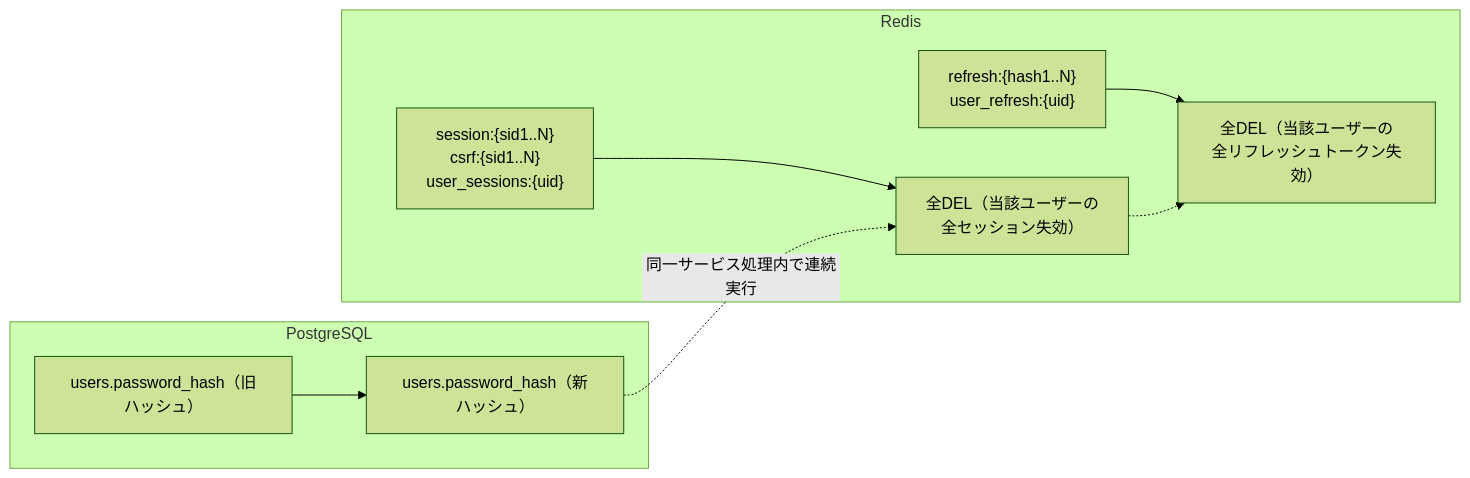
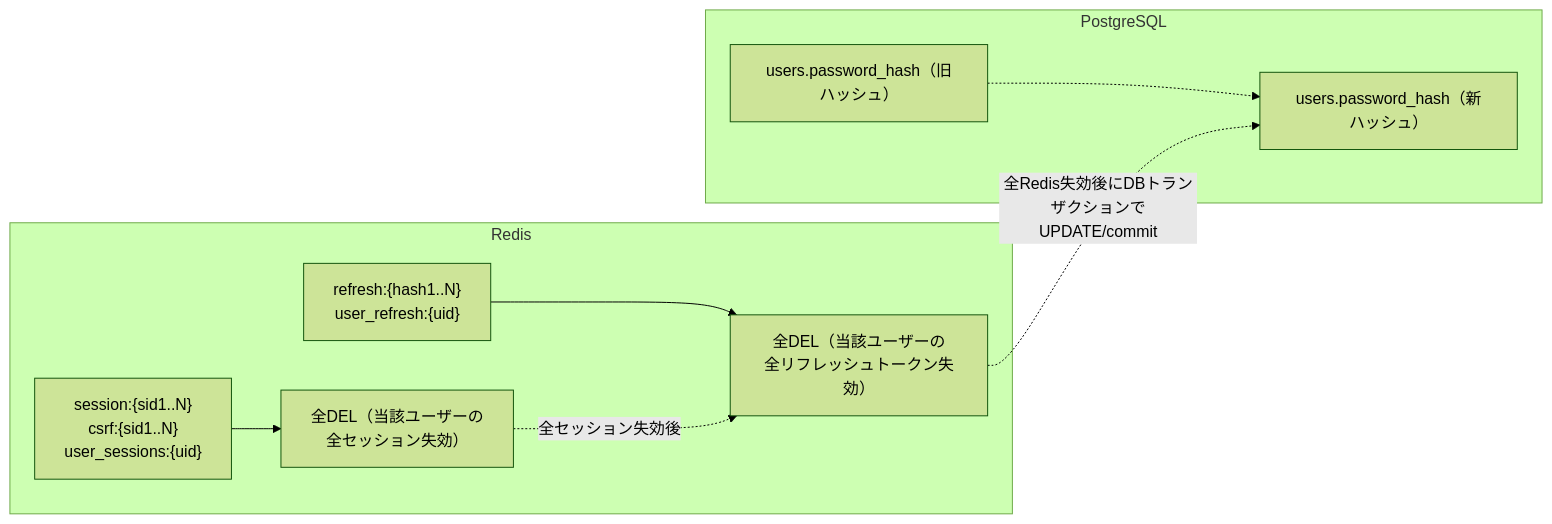
The fourth of 4 diagrams in docs/detailed_design/api/users/03_put_users_me_password.md (oikawa-d/task_management), drawn with Mermaid (forest theme) before and after one commit. The commit also changed other lines of this file and 2 other files, not shown here.

Commit message:
docs: パスワードリセットのRedis失効順序を設計書に統一

````diff
--- a/docs/detailed_design/api/users/03_put_users_me_password.md
+++ b/docs/detailed_design/api/users/03_put_users_me_password.md
@@ -221,12 +221,12 @@
 ```mermaid
 flowchart LR
     subgraph PG["PostgreSQL"]
-        U1["users.password_hash（旧ハッシュ）"] --> U2["users.password_hash（新ハッシュ）"]
+        U1["users.password_hash（旧ハッシュ）"] -.-> U2["users.password_hash（新ハッシュ）"]
     end
     subgraph RD["Redis"]
         S1["session:{sid1..N}<br/>csrf:{sid1..N}<br/>user_sessions:{uid}"] --> S2["全DEL（当該ユーザーの<br/>全セッション失効）"]
         F1["refresh:{hash1..N}<br/>user_refresh:{uid}"] --> F2["全DEL（当該ユーザーの<br/>全リフレッシュトークン失効）"]
     end
-    U2 -.->|"同一サービス処理内で連続実行"| S2
-    S2 -.-> F2
+    S2 -.->|"全セッション失効後"| F2
+    F2 -.->|"全Redis失効後にDBトランザクションでUPDATE/commit"| U2
 ```
````
